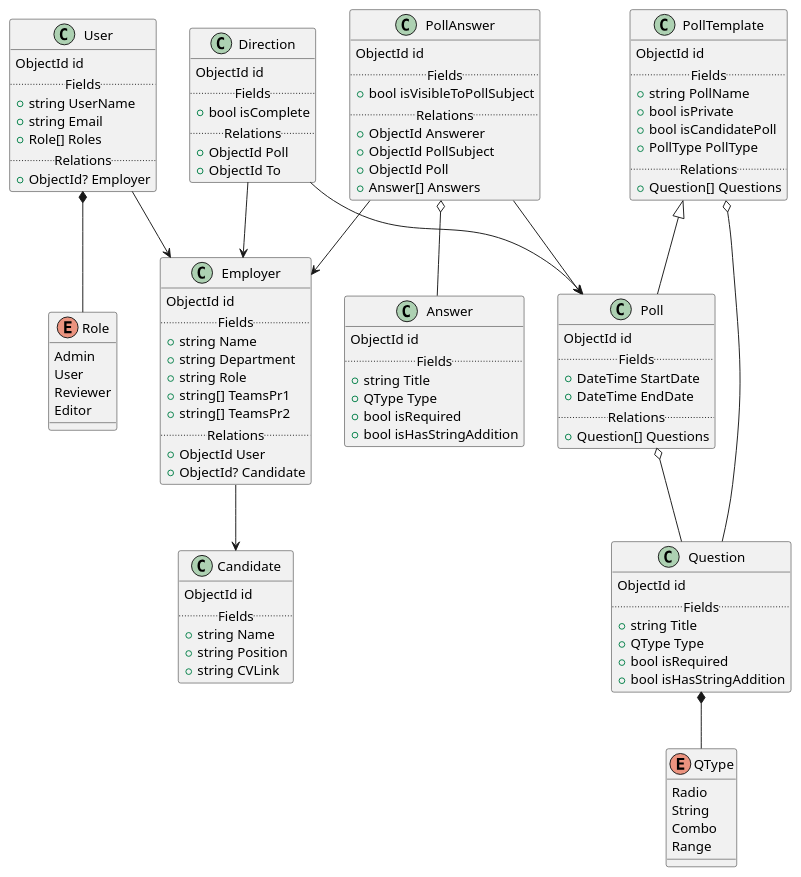
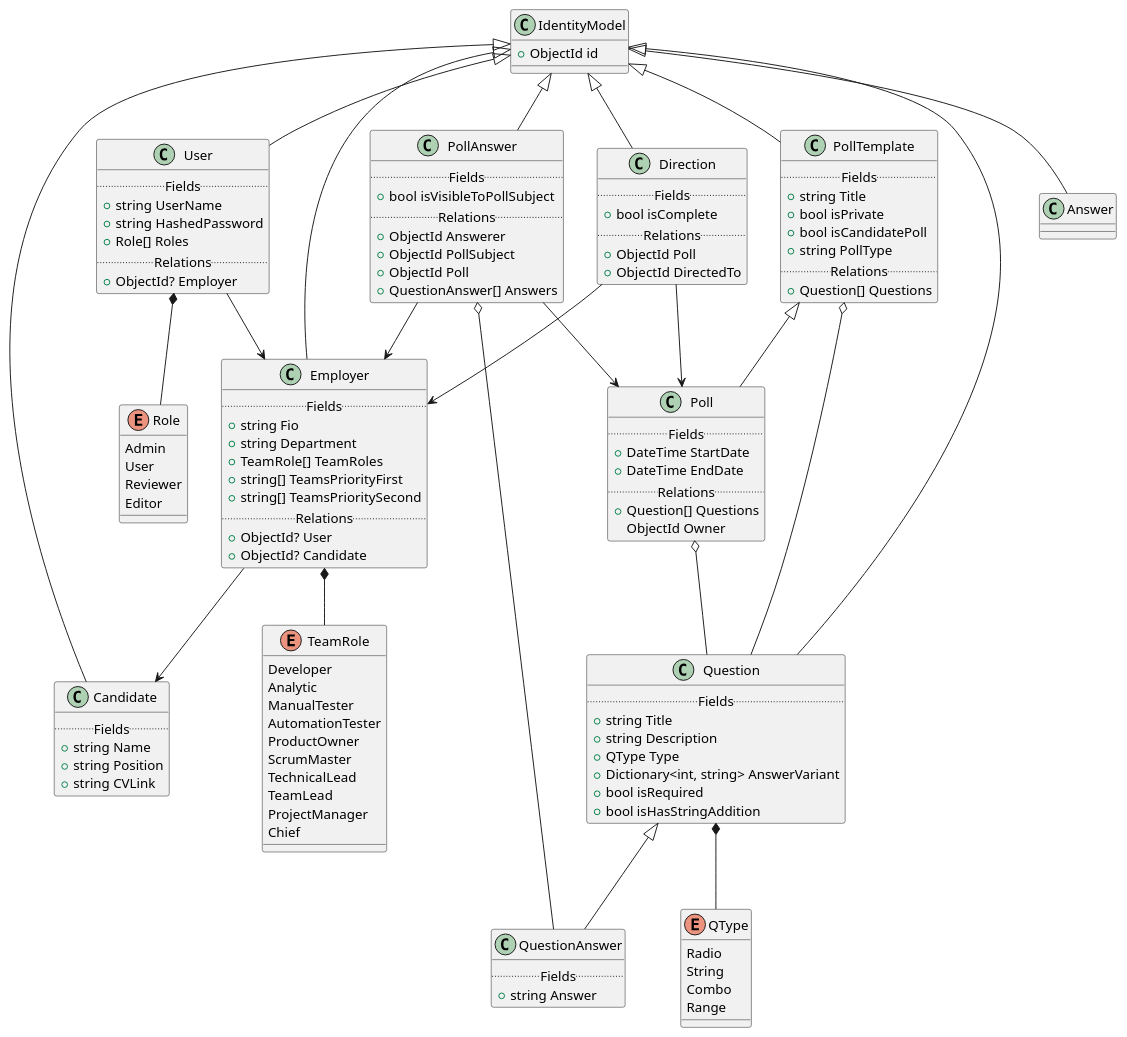
Before and after one commit to kroniak/feedback-service: the diagram in docs/diagrams/models.wsd, drawn with PlantUML. The commit also changed 14 other files, not shown here.

```diff
--- a/docs/diagrams/models.wsd
+++ b/docs/diagrams/models.wsd
@@ -1,118 +1,138 @@
 @startuml models
 
+class IdentityModel {
+  +ObjectId id
+}
+
+IdentityModel <|-- User
+IdentityModel <|-- Employer
+IdentityModel <|-- Candidate
+IdentityModel <|-- Direction
+IdentityModel <|-- PollAnswer
+IdentityModel <|-- PollTemplate
+IdentityModel <|-- Question
+IdentityModel <|-- Answer
+
+
 class User {
-  ObjectId id
   .. Fields ..
   +string UserName
-  +string Email
+  +string HashedPassword
   +Role[] Roles
   .. Relations ..
   +ObjectId? Employer
 }
 User *-- Role
 User --> Employer
 
 class Employer {
-  ObjectId id
   .. Fields ..
-  +string Name
+  +string Fio
   +string Department
-  +string Role
-  +string[] TeamsPr1
-  +string[] TeamsPr2
+  +TeamRole[] TeamRoles
+  +string[] TeamsPriorityFirst
+  +string[] TeamsPrioritySecond
   .. Relations ..
-  +ObjectId User
+  +ObjectId? User
   +ObjectId? Candidate
 }
 Employer --> Candidate
+Employer *-- TeamRole
 
 class Candidate {
-  ObjectId id
   .. Fields ..
   +string Name
   +string Position
   +string CVLink
 }
 
 class PollTemplate {
-  ObjectId id
   .. Fields ..
-  +string PollName
+  +string Title
   +bool isPrivate
   +bool isCandidatePoll
-  +PollType PollType
+  +string PollType
   .. Relations ..
   +Question[] Questions
 }
 PollTemplate o-- Question
 
 class Poll {
-  ObjectId id
   .. Fields ..
   +DateTime StartDate
   +DateTime EndDate
   .. Relations ..
   +Question[] Questions
+  ObjectId Owner
 }
 Poll o-- Question
 PollTemplate <|-- Poll
 
 class Question {
-  ObjectId id
   .. Fields ..
   +string Title
+  +string Description
   +QType Type
+  +Dictionary<int, string> AnswerVariant
   +bool isRequired
   +bool isHasStringAddition
 }
 Question *-- QType
 
 class PollAnswer {
-  ObjectId id
   .. Fields ..
   +bool isVisibleToPollSubject
   .. Relations ..
   +ObjectId Answerer
   +ObjectId PollSubject
   +ObjectId Poll
-  +Answer[] Answers
+  +QuestionAnswer[] Answers
 }
-PollAnswer o-- Answer
+PollAnswer o-- QuestionAnswer
 PollAnswer --> Employer
 PollAnswer --> Poll
 
-class Answer {
-  ObjectId id
+class QuestionAnswer {
   .. Fields ..
-  +string Title
-  +QType Type
-  +bool isRequired
-  +bool isHasStringAddition
+  +string Answer
 }
+Question <|-- QuestionAnswer
 
 class Direction {
-  ObjectId id
   .. Fields ..
   +bool isComplete
   .. Relations ..
   +ObjectId Poll
-  +ObjectId To
+  +ObjectId DirectedTo
 }
 Direction --> Employer
 Direction --> Poll
 
 enum QType {
   Radio
   String
   Combo
   Range
 }
 
 enum Role {
   Admin
   User
   Reviewer
   Editor
 }
 
+enum TeamRole {
+  Developer
+  Analytic
+  ManualTester
+  AutomationTester
+  ProductOwner
+  ScrumMaster
+  TechnicalLead
+  TeamLead
+  ProjectManager
+  Chief
+}
+
 @enduml
```
